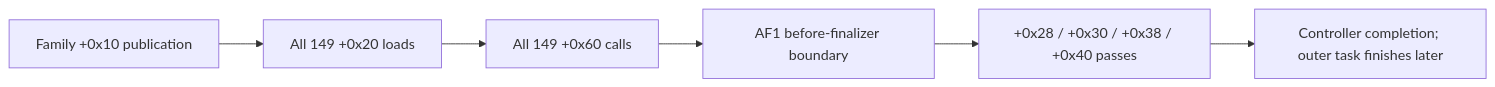
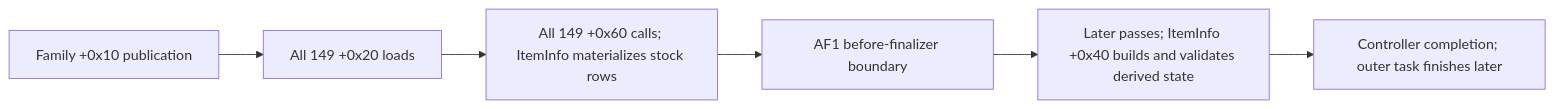
One commit to Ratty123/CDMW-Full changed the fourth of 5 diagrams in cdmw/ui/new_item/INDEPENDENT_ITEMS.md. Above: the diagram before and after it, drawn with Mermaid. The commit also changed other lines of this file and 6 other files, not shown here.

````diff
--- a/cdmw/ui/new_item/INDEPENDENT_ITEMS.md
+++ b/cdmw/ui/new_item/INDEPENDENT_ITEMS.md
@@ -1247,8 +1247,8 @@
 ```mermaid
 flowchart LR
     P["Family +0x10 publication"] --> L["All 149 +0x20 loads"]
-    L --> S["All 149 +0x60 calls"]
+    L --> S["All 149 +0x60 calls; ItemInfo materializes stock rows"]
     S --> A["AF1 before-finalizer boundary"]
-    A --> F["+0x28 / +0x30 / +0x38 / +0x40 passes"]
+    A --> F["Later passes; ItemInfo +0x40 builds and validates derived state"]
     F --> D["Controller completion; outer task finishes later"]
 ```
````
